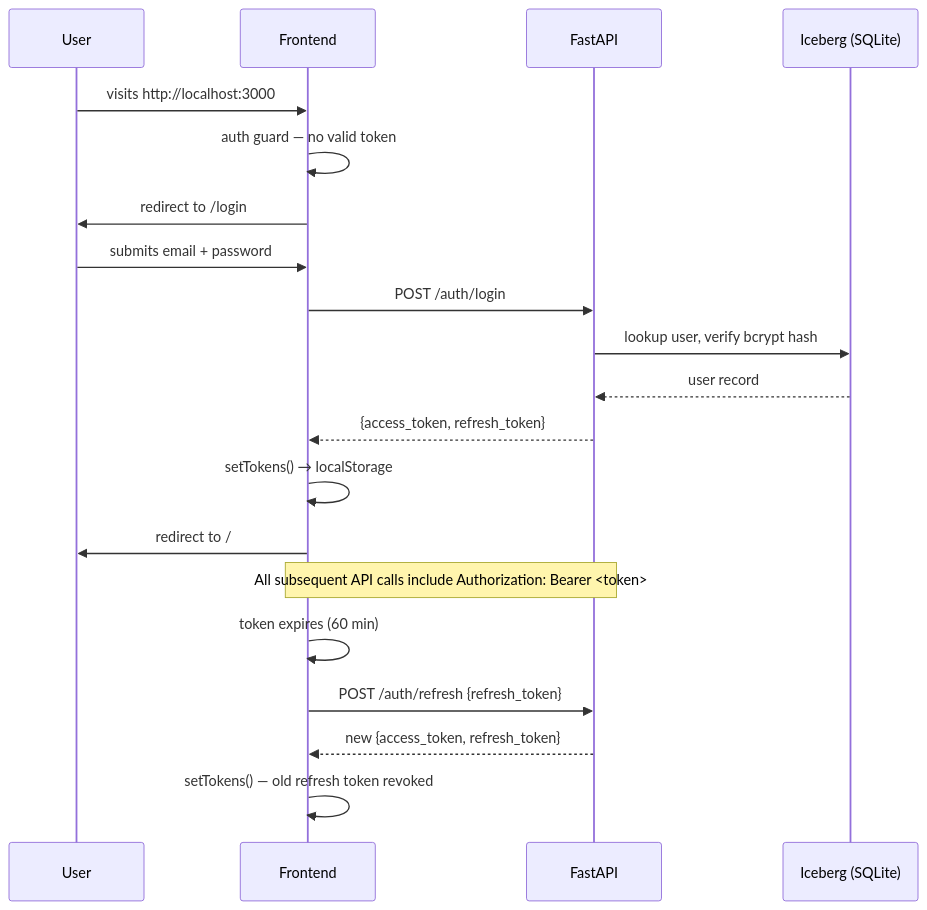
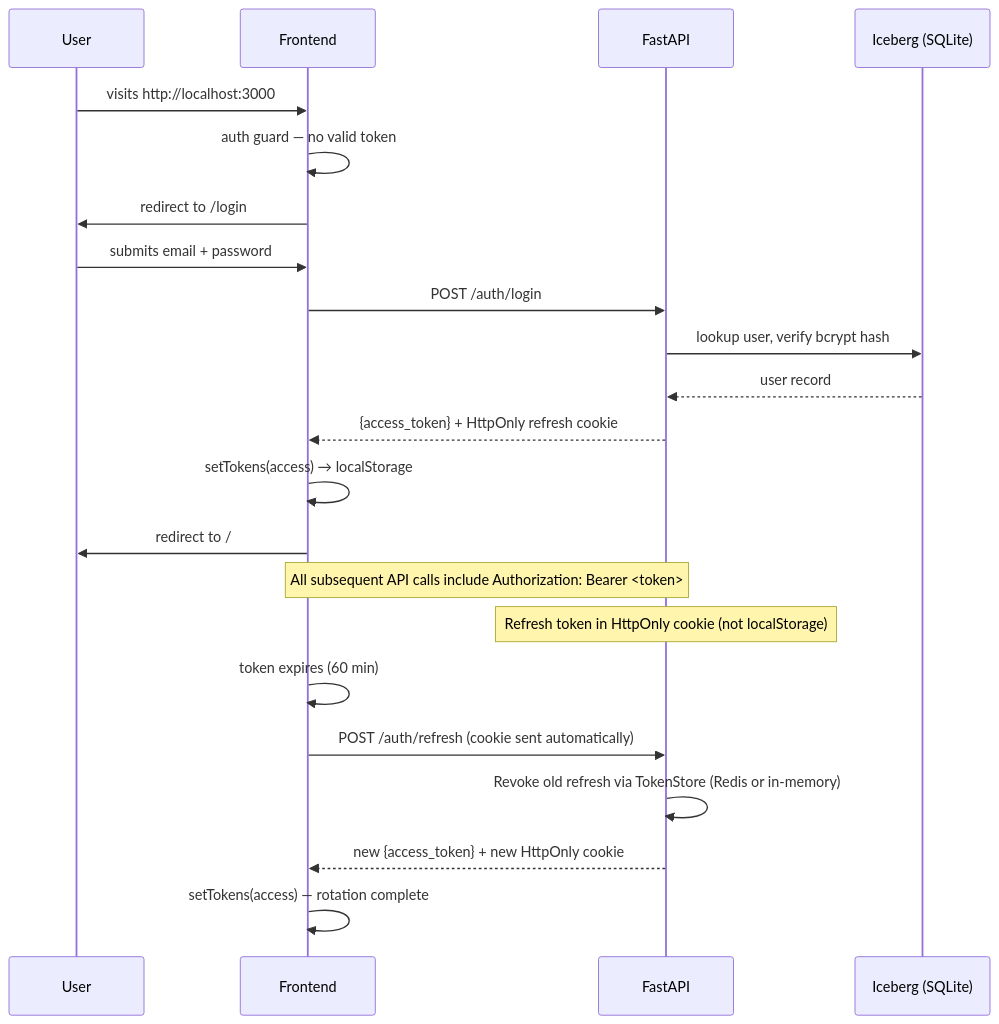
Before and after one commit to aset-platform/ai-agent-ui: the third of 4 diagrams in README.md, drawn with Mermaid. The commit also changed other lines of this file and 77 other files, not shown here.

````diff
--- a/README.md
+++ b/README.md
@@ -158,26 +158,28 @@
 ```mermaid
 sequenceDiagram
     participant U as User
     participant FE as Frontend
     participant BE as FastAPI
     participant DB as Iceberg (SQLite)
 
     U->>FE: visits http://localhost:3000
     FE->>FE: auth guard — no valid token
     FE->>U: redirect to /login
 
     U->>FE: submits email + password
     FE->>BE: POST /auth/login
     BE->>DB: lookup user, verify bcrypt hash
     DB-->>BE: user record
-    BE-->>FE: {access_token, refresh_token}
-    FE->>FE: setTokens() → localStorage
+    BE-->>FE: {access_token} + HttpOnly refresh cookie
+    FE->>FE: setTokens(access) → localStorage
     FE->>U: redirect to /
 
     Note over FE,BE: All subsequent API calls include Authorization: Bearer <token>
+    Note over BE: Refresh token in HttpOnly cookie (not localStorage)
 
     FE->>FE: token expires (60 min)
-    FE->>BE: POST /auth/refresh {refresh_token}
-    BE-->>FE: new {access_token, refresh_token}
-    FE->>FE: setTokens() — old refresh token revoked
+    FE->>BE: POST /auth/refresh (cookie sent automatically)
+    BE->>BE: Revoke old refresh via TokenStore (Redis or in-memory)
+    BE-->>FE: new {access_token} + new HttpOnly cookie
+    FE->>FE: setTokens(access) — rotation complete
 ```
````
